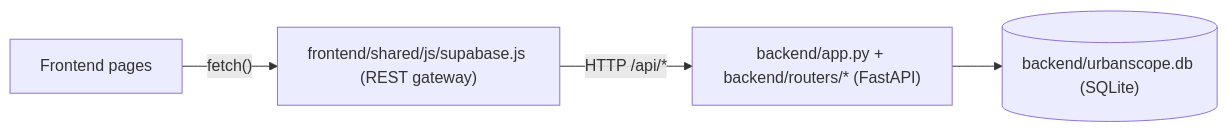
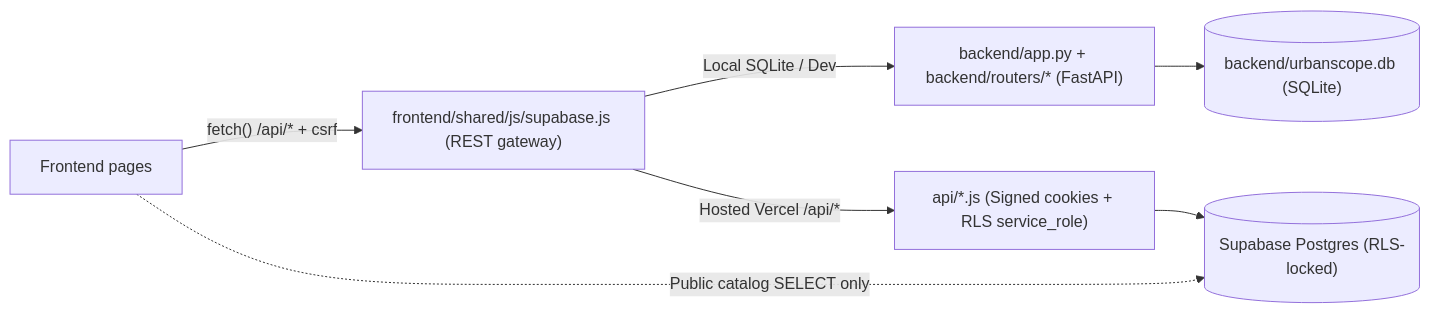
One commit to UrbanScope-PH/Miriam-Lobren-RealEstate changed the first of 3 diagrams in DATABASE.md. Above: the diagram before and after it, drawn with Mermaid. The commit also changed other lines of this file and 64 other files, not shown here.

Commit message:
chore(security): enforce RLS lockdown, server auth proxies, CSRF/rate limits, XSS/upload guards, and security headers

````diff
--- a/DATABASE.md
+++ b/DATABASE.md
@@ -22,6 +22,9 @@
 ```mermaid
 flowchart LR
-    Browser["Frontend pages"] -->|"fetch()"| GW["frontend/shared/js/supabase.js (REST gateway)"]
-    GW -->|"HTTP /api/*"| API["backend/app.py + backend/routers/* (FastAPI)"]
+    Browser["Frontend pages"] -->|"fetch() /api/* + csrf"| GW["frontend/shared/js/supabase.js (REST gateway)"]
+    GW -->|"Local SQLite / Dev"| API["backend/app.py + backend/routers/* (FastAPI)"]
     API --> DB[("backend/urbanscope.db (SQLite)")]
+    GW -->|"Hosted Vercel /api/*"| VERCEL["api/*.js (Signed cookies + RLS service_role)"]
+    VERCEL --> PG[("Supabase Postgres (RLS-locked)")]
+    Browser -.->|"Public catalog SELECT only"| PG
 ```
````
